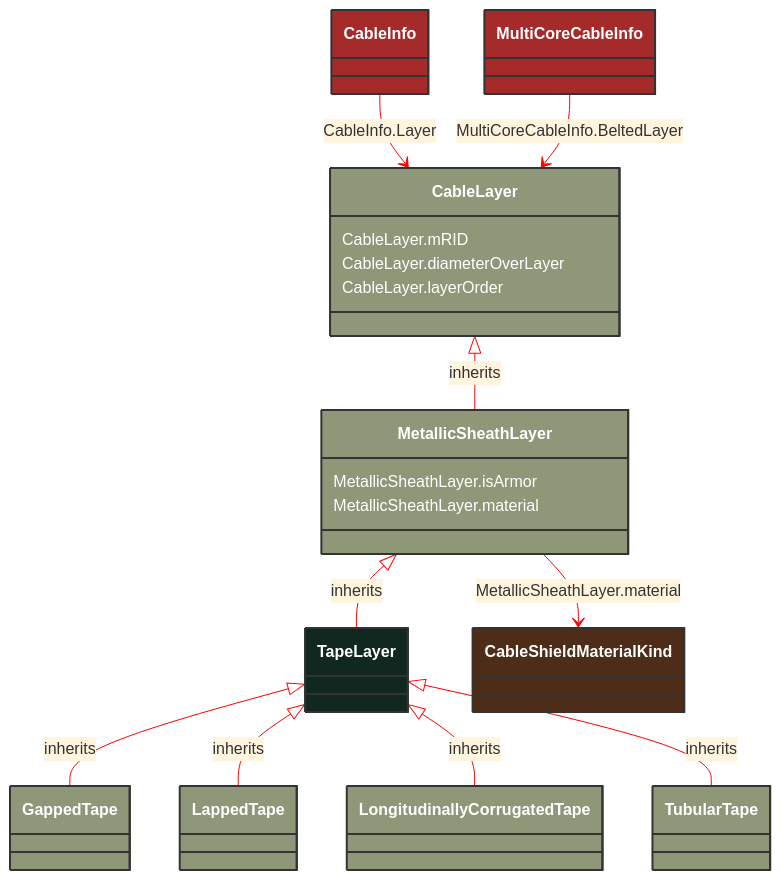
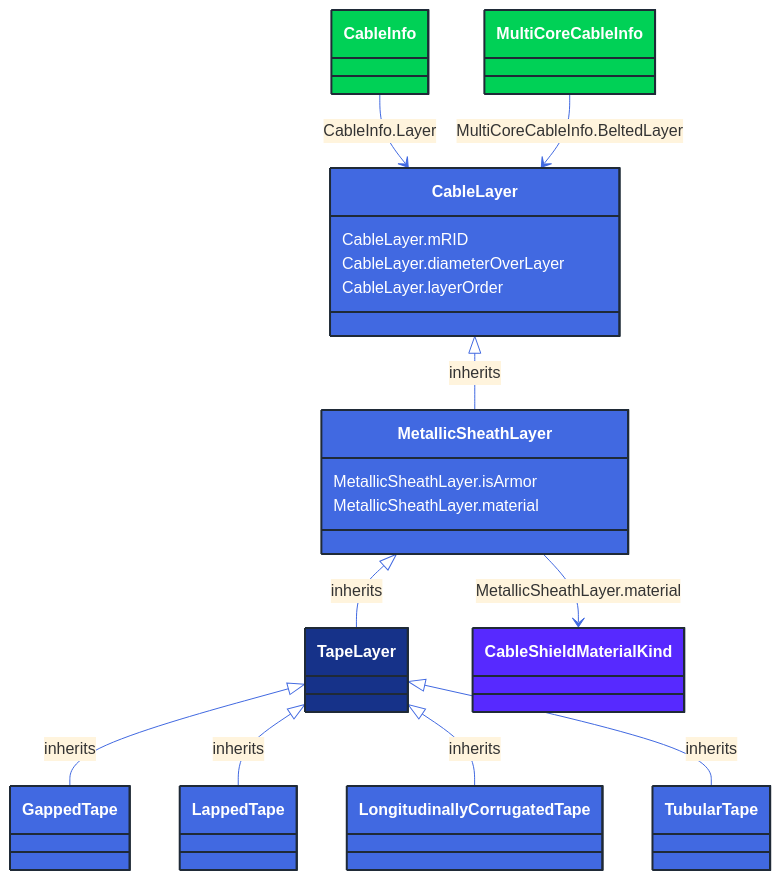
The diagram in docs/Models/Profiles/SubseaCableInfo/ConcreteClasses/TapeLayer.md (3lbits/NoCIMExtensions), drawn with Mermaid before and after one commit. The commit also changed 362 other files, not shown here.

First line of the commit message:
Update diagrams and styles for improved visual consistency

````diff
--- a/docs/Models/Profiles/SubseaCableInfo/ConcreteClasses/TapeLayer.md
+++ b/docs/Models/Profiles/SubseaCableInfo/ConcreteClasses/TapeLayer.md
@@ -8,64 +8,64 @@
 ```mermaid
-%%{init: {'theme':'base','themeVariables': {'lineColor': '#FF0000'}}}%%
+%%{init: {'theme':'base','themeVariables': {'lineColor': '#4169E1'}}}%%
 classDiagram
     class TapeLayer
     click TapeLayer href "/Models/Profiles/SubseaCableInfo/ConcreteClasses/TapeLayer/"
-    style TapeLayer fill:#102820,stroke:#333,stroke-width:2px,rx:10,ry:10,color:white
+    style TapeLayer fill:#163289,stroke:#1F2A37,stroke-width:2px,rx:10,ry:10,color:white
 
         TapeLayer <|-- GappedTape : inherits
 
         GappedTape
             click GappedTape href "/Models/Profiles/SubseaCableInfo/ConcreteClasses/GappedTape/"
-            style GappedTape fill:#8F9779,stroke:#333,stroke-width:2px,rx:10,ry:10,color:white
+            style GappedTape fill:#4169E1,stroke:#1F2A37,stroke-width:2px,rx:10,ry:10,color:white
 
         TapeLayer <|-- LappedTape : inherits
 
         LappedTape
             click LappedTape href "/Models/Profiles/SubseaCableInfo/ConcreteClasses/LappedTape/"
-            style LappedTape fill:#8F9779,stroke:#333,stroke-width:2px,rx:10,ry:10,color:white
+            style LappedTape fill:#4169E1,stroke:#1F2A37,stroke-width:2px,rx:10,ry:10,color:white
 
         TapeLayer <|-- LongitudinallyCorrugatedTape : inherits
 
         LongitudinallyCorrugatedTape
             click LongitudinallyCorrugatedTape href "/Models/Profiles/SubseaCableInfo/ConcreteClasses/LongitudinallyCorrugatedTape/"
-            style LongitudinallyCorrugatedTape fill:#8F9779,stroke:#333,stroke-width:2px,rx:10,ry:10,color:white
+            style LongitudinallyCorrugatedTape fill:#4169E1,stroke:#1F2A37,stroke-width:2px,rx:10,ry:10,color:white
 
         TapeLayer <|-- TubularTape : inherits
 
         TubularTape
             click TubularTape href "/Models/Profiles/SubseaCableInfo/ConcreteClasses/TubularTape/"
-            style TubularTape fill:#8F9779,stroke:#333,stroke-width:2px,rx:10,ry:10,color:white
+            style TubularTape fill:#4169E1,stroke:#1F2A37,stroke-width:2px,rx:10,ry:10,color:white
      
         MetallicSheathLayer <|-- TapeLayer : inherits
             click MetallicSheathLayer href "/Models/Profiles/SubseaCableInfo/ConcreteClasses/MetallicSheathLayer/"
-            style MetallicSheathLayer fill:#8F9779,stroke:#333,stroke-width:2px,rx:10,ry:10,color:white
+            style MetallicSheathLayer fill:#4169E1,stroke:#1F2A37,stroke-width:2px,rx:10,ry:10,color:white
      
         CableLayer <|-- MetallicSheathLayer : inherits
             click CableLayer href "/Models/Profiles/SubseaCableInfo/AbstractClasses/CableLayer/"
-            style CableLayer fill:#8F9779,stroke:#333,stroke-width:2px,rx:10,ry:10,color:white
+            style CableLayer fill:#4169E1,stroke:#1F2A37,stroke-width:2px,rx:10,ry:10,color:white
 
 
         CableInfo --> CableLayer : CableInfo.Layer
 
         CableInfo
             click CableInfo href "/Models/Profiles/SubseaCableInfo/ConcreteClasses/CableInfo/"
-            style CableInfo fill:#A52A2A,stroke:#333,stroke-width:2px,rx:10,ry:10,color:white
+            style CableInfo fill:#00D156,stroke:#1F2A37,stroke-width:2px,rx:10,ry:10,color:white
 
         MultiCoreCableInfo --> CableLayer : MultiCoreCableInfo.BeltedLayer
 
         MultiCoreCableInfo
             click MultiCoreCableInfo href "/Models/Profiles/SubseaCableInfo/ConcreteClasses/MultiCoreCableInfo/"
-            style MultiCoreCableInfo fill:#A52A2A,stroke:#333,stroke-width:2px,rx:10,ry:10,color:white
+            style MultiCoreCableInfo fill:#00D156,stroke:#1F2A37,stroke-width:2px,rx:10,ry:10,color:white
 
         MetallicSheathLayer --> CableShieldMaterialKind : MetallicSheathLayer.material
 
         CableShieldMaterialKind
             click CableShieldMaterialKind href "/Models/Profiles/SubseaCableInfo/Enumerations/CableShieldMaterialKind/"
-            style CableShieldMaterialKind fill:#4D2D18,stroke:#333,stroke-width:2px,rx:10,ry:10,color:white
+            style CableShieldMaterialKind fill:#5729FF,stroke:#1F2A37,stroke-width:2px,rx:10,ry:10,color:white
 
         MetallicSheathLayer : MetallicSheathLayer.isArmor
         MetallicSheathLayer : MetallicSheathLayer.material
         CableLayer : CableLayer.mRID
         CableLayer : CableLayer.diameterOverLayer
         CableLayer : CableLayer.layerOrder
 ```
````
